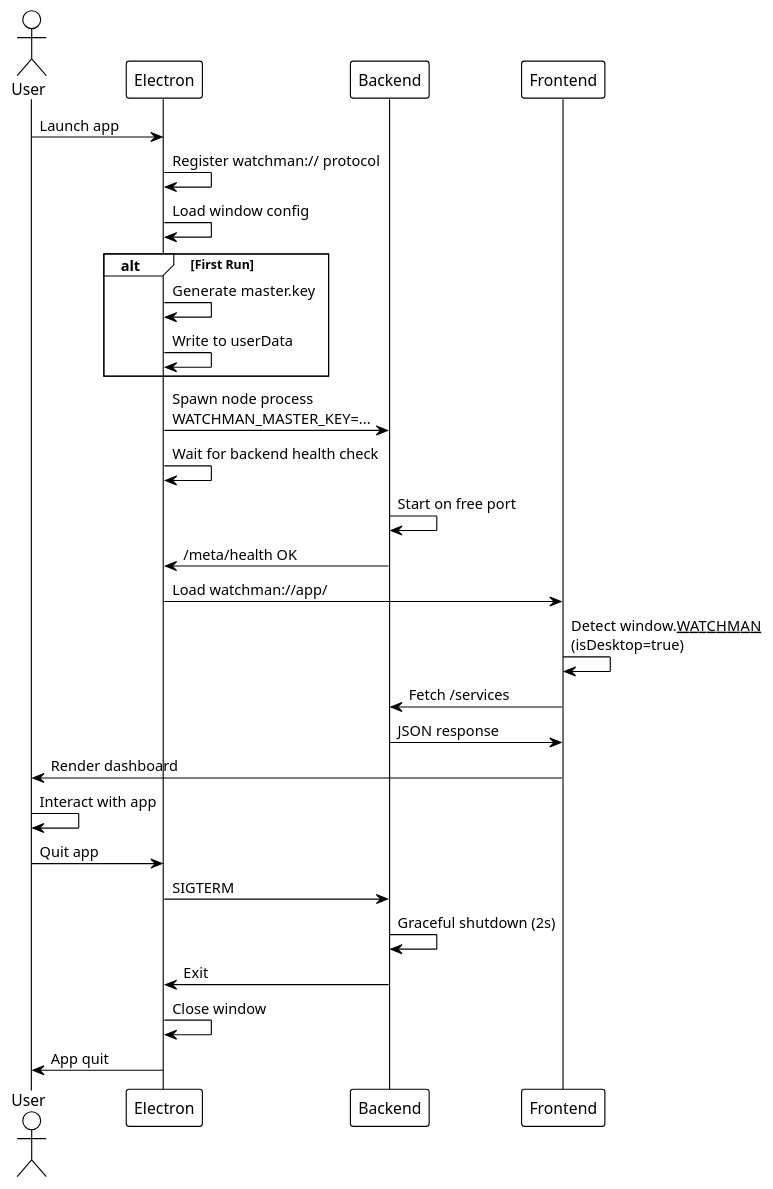
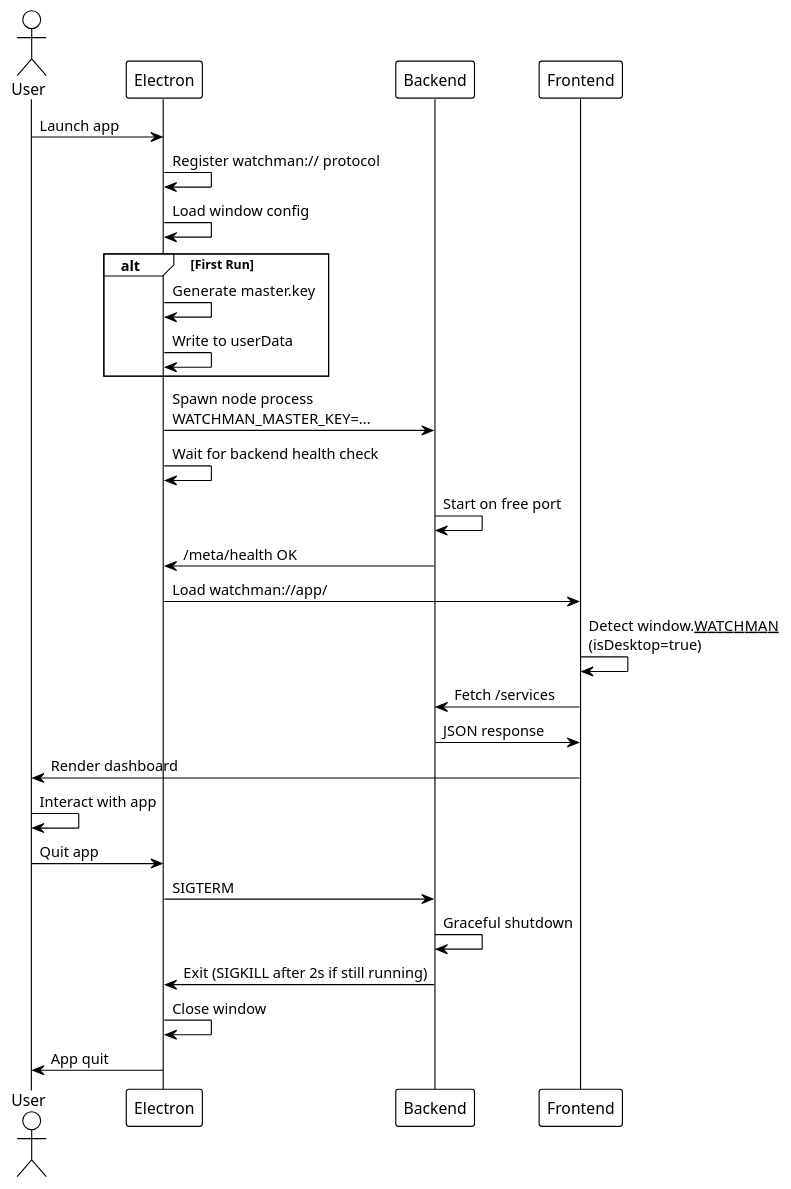
Before and after one commit to EraPartner/Watchman: the first of 2 diagrams in docs/guides/running-the-desktop-app.md, drawn with PlantUML. The commit also changed other lines of this file and 9 other files, not shown here.

````diff
--- a/docs/guides/running-the-desktop-app.md
+++ b/docs/guides/running-the-desktop-app.md
@@ -317,41 +333,41 @@
 ```plantuml
 @startuml
 !theme plain
 
 actor "User" as User
 participant "Electron" as Electron
 participant "Backend" as Backend
 participant "Frontend" as Frontend
 
 User -> Electron: Launch app
 Electron -> Electron: Register watchman:// protocol
 Electron -> Electron: Load window config
 
 alt First Run
     Electron -> Electron: Generate master.key
     Electron -> Electron: Write to userData
 end
 
 Electron -> Backend: Spawn node process\nWATCHMAN_MASTER_KEY=...
 Electron -> Electron: Wait for backend health check
 Backend -> Backend: Start on free port
 Backend -> Electron: /meta/health OK
 
 Electron -> Frontend: Load watchman://app/
 Frontend -> Frontend: Detect window.__WATCHMAN__\n(isDesktop=true)
 Frontend -> Backend: Fetch /services
 Backend -> Frontend: JSON response
 Frontend -> User: Render dashboard
 
 User -> User: Interact with app
 
 User -> Electron: Quit app
 Electron -> Backend: SIGTERM
-Backend -> Backend: Graceful shutdown (2s)
-Backend -> Electron: Exit
+Backend -> Backend: Graceful shutdown
+Backend -> Electron: Exit (SIGKILL after 2s if still running)
 
 Electron -> Electron: Close window
 Electron -> User: App quit
 
 @enduml
 ```
````
